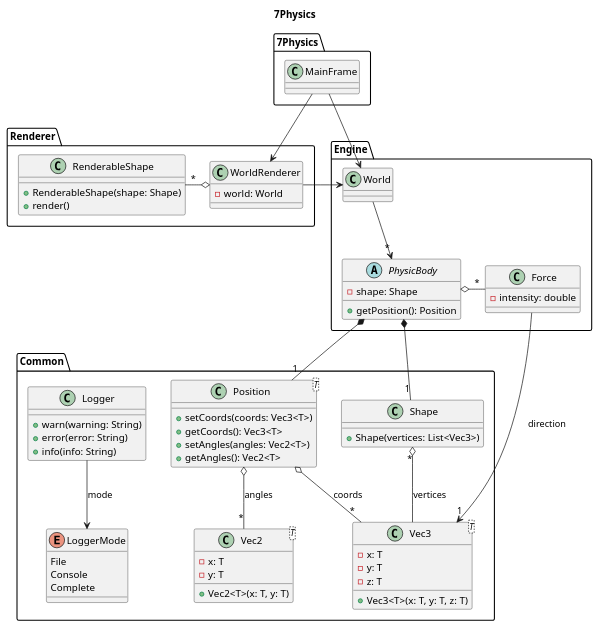
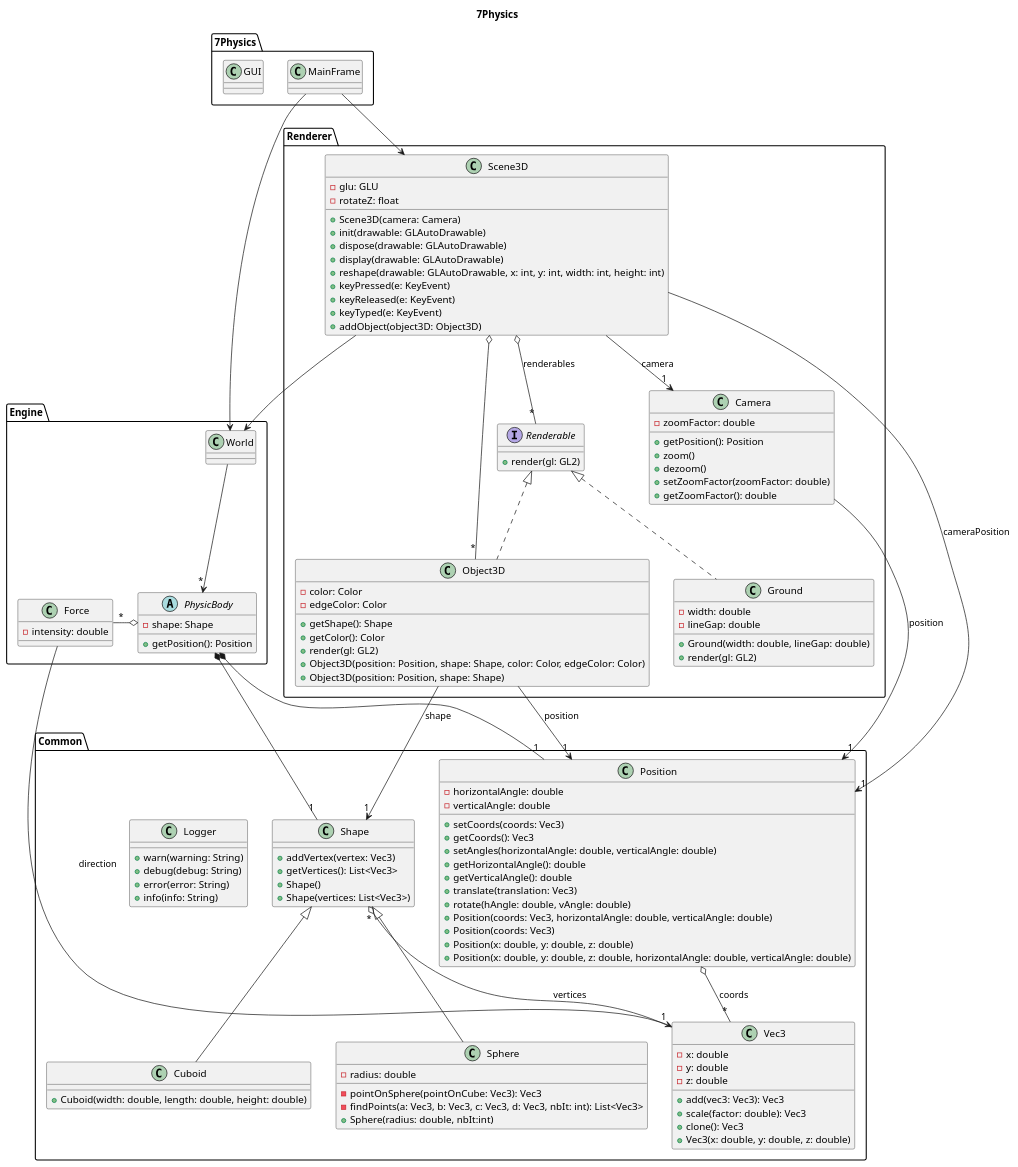
One commit to 7Physics/7Physics changed the diagram in class.plantuml. Above: the diagram before and after it, drawn with PlantUML.

Commit message:
maj diagramme de classe

```diff
--- a/class.plantuml
+++ b/class.plantuml
@@ -1,96 +1,154 @@
 @startuml
 
 title 7Physics
 
 package 7Physics {
     class MainFrame {
     
     }
+
+    class GUI {
+    }
 }
 
 package Engine {
     class World {
-    
+
     }
-    
+
     abstract PhysicBody {
         - shape: Shape
         + getPosition(): Position
     }
-    
+
     class Force {
         - intensity: double
     }
-    
+
     World --> "*" PhysicBody
     PhysicBody o- "*" Force
 }
 
 package Renderer {
-    class WorldRenderer {
-        - world: World
+    class Scene3D {
+        - glu: GLU
+        - rotateZ: float
+        + Scene3D(camera: Camera)
+        + init(drawable: GLAutoDrawable)
+        + dispose(drawable: GLAutoDrawable)
+        + display(drawable: GLAutoDrawable)
+        + reshape(drawable: GLAutoDrawable, x: int, y: int, width: int, height: int)
+        + keyPressed(e: KeyEvent)
+        + keyReleased(e: KeyEvent)
+        + keyTyped(e: KeyEvent)
+        + addObject(object3D: Object3D)
     }
-    
-    class RenderableShape {
-        + RenderableShape(shape: Shape)
-        + render()
+
+    interface Renderable {
+        + render(gl: GL2)
     }
-    
-    RenderableShape "*" -o WorldRenderer
+
+    class Object3D {
+        - color: Color
+        - edgeColor: Color
+        + getShape(): Shape
+        + getColor(): Color
+        + render(gl: GL2)
+        + Object3D(position: Position, shape: Shape, color: Color, edgeColor: Color)
+        + Object3D(position: Position, shape: Shape)
+    }
+
+    class Ground {
+        - width: double
+        - lineGap: double
+        + Ground(width: double, lineGap: double)
+        + render(gl: GL2)
+    }
+
+    class Camera {
+        - zoomFactor: double
+        + getPosition(): Position
+        + zoom()
+        + dezoom()
+        + setZoomFactor(zoomFactor: double)
+        + getZoomFactor(): double
+    }
+    Object3D "*" --o Scene3D
+    Renderable <|.. Object3D
+    Renderable <|.. Ground
+    Scene3D o--"*" Renderable: renderables
+    Scene3D --> "1" Camera: camera
 }
 
 package Common {
-    class Position<T> {
-        + setCoords(coords: Vec3<T>)
-        + getCoords(): Vec3<T>
-        + setAngles(angles: Vec2<T>)
-        + getAngles(): Vec2<T>
+    class Position {
+        - horizontalAngle: double
+        - verticalAngle: double
+        + setCoords(coords: Vec3)
+        + getCoords(): Vec3
+        + setAngles(horizontalAngle: double, verticalAngle: double)
+        + getHorizontalAngle(): double
+        + getVerticalAngle(): double
+        + translate(translation: Vec3)
+        + rotate(hAngle: double, vAngle: double)
+        + Position(coords: Vec3, horizontalAngle: double, verticalAngle: double)
+        + Position(coords: Vec3)
+        + Position(x: double, y: double, z: double)
+        + Position(x: double, y: double, z: double, horizontalAngle: double, verticalAngle: double)
     }
-    
+
     class Shape {
+        + addVertex(vertex: Vec3)
+        + getVertices(): List<Vec3>
+        + Shape()
         + Shape(vertices: List<Vec3>)
     }
-    
-    class Vec3<T> {
-        - x: T
-        - y: T
-        - z: T
-        + Vec3<T>(x: T, y: T, z: T)
+
+    class Vec3 {
+        - x: double
+        - y: double
+        - z: double
+        + add(vec3: Vec3): Vec3
+        + scale(factor: double): Vec3
+        + clone(): Vec3
+        + Vec3(x: double, y: double, z: double)
     }
-    
-    class Vec2<T> {
-        - x: T
-        - y: T
-        + Vec2<T>(x: T, y: T)
-    }
-    
+
     class Logger {
         + warn(warning: String)
+        + debug(debug: String)
         + error(error: String)
         + info(info: String)
     }
-    
-    enum LoggerMode {
-        File
-        Console
-        Complete
+
+    class Cuboid {
+        + Cuboid(width: double, length: double, height: double)
     }
 
-    Logger --> LoggerMode: mode
+    class Sphere {
+        - radius: double
+        - pointOnSphere(pointOnCube: Vec3): Vec3
+        - findPoints(a: Vec3, b: Vec3, c: Vec3, d: Vec3, nbIt: int): List<Vec3>
+        + Sphere(radius: double, nbIt:int)
+    }
+
     Position o-- "*" Vec3: coords
-    Position o-- "*" Vec2: angles
     Shape "*" o-- Vec3: vertices
+    Shape  <|-- Cuboid
+    Shape  <|-- Sphere
 
 }
 
 PhysicBody *-- "1" Position
 PhysicBody *-- "1" Shape
 Force --> "1" Vec3: direction
 
 MainFrame --> World
-MainFrame --> WorldRenderer
-WorldRenderer -> World
-
-
+MainFrame --> Scene3D
+Scene3D -> World
+Object3D --> "1" Shape: shape
+Object3D --> "1" Position: position
+Scene3D --> "1" Position: cameraPosition
+Camera --> "1" Position: position
 
 @enduml
```
